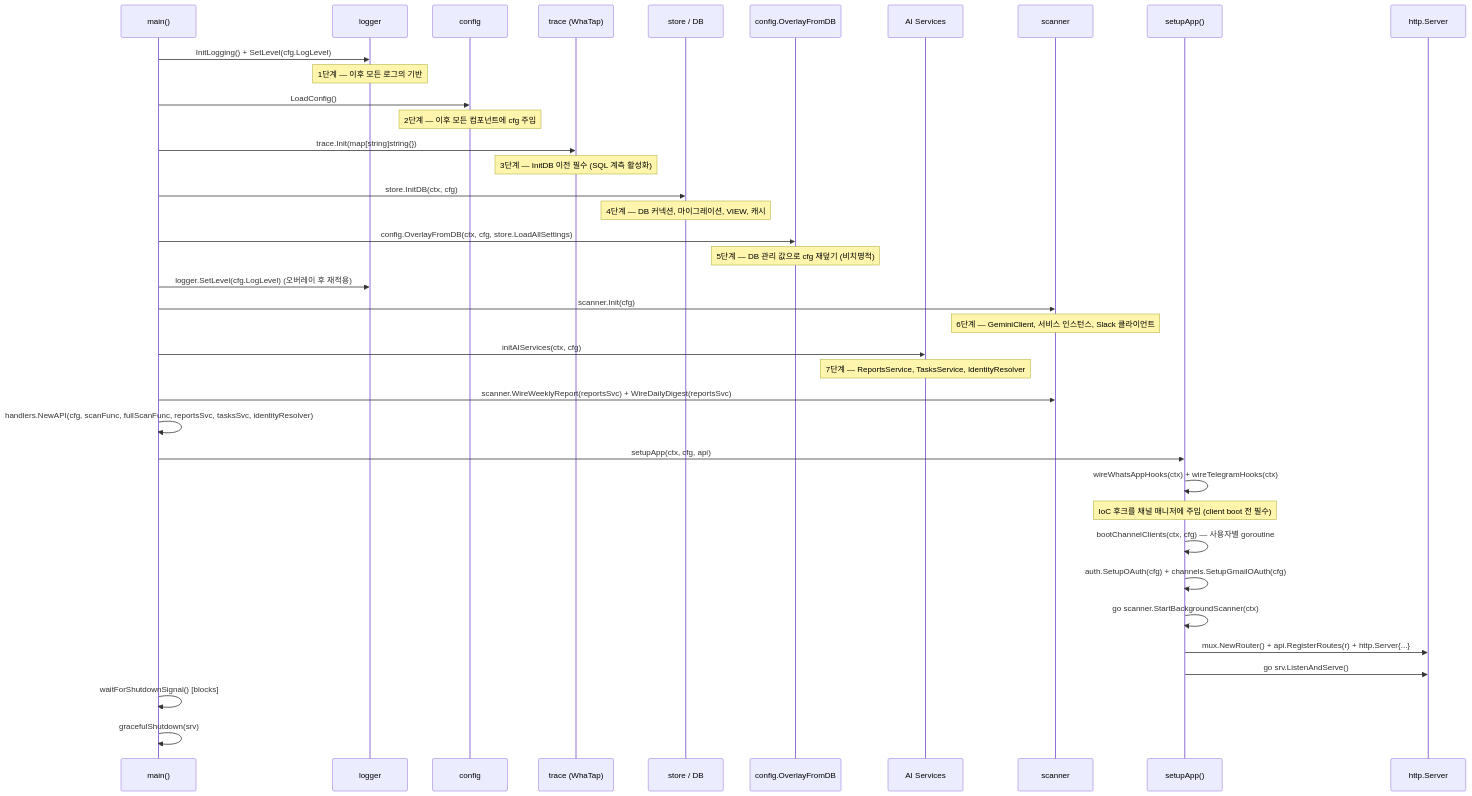
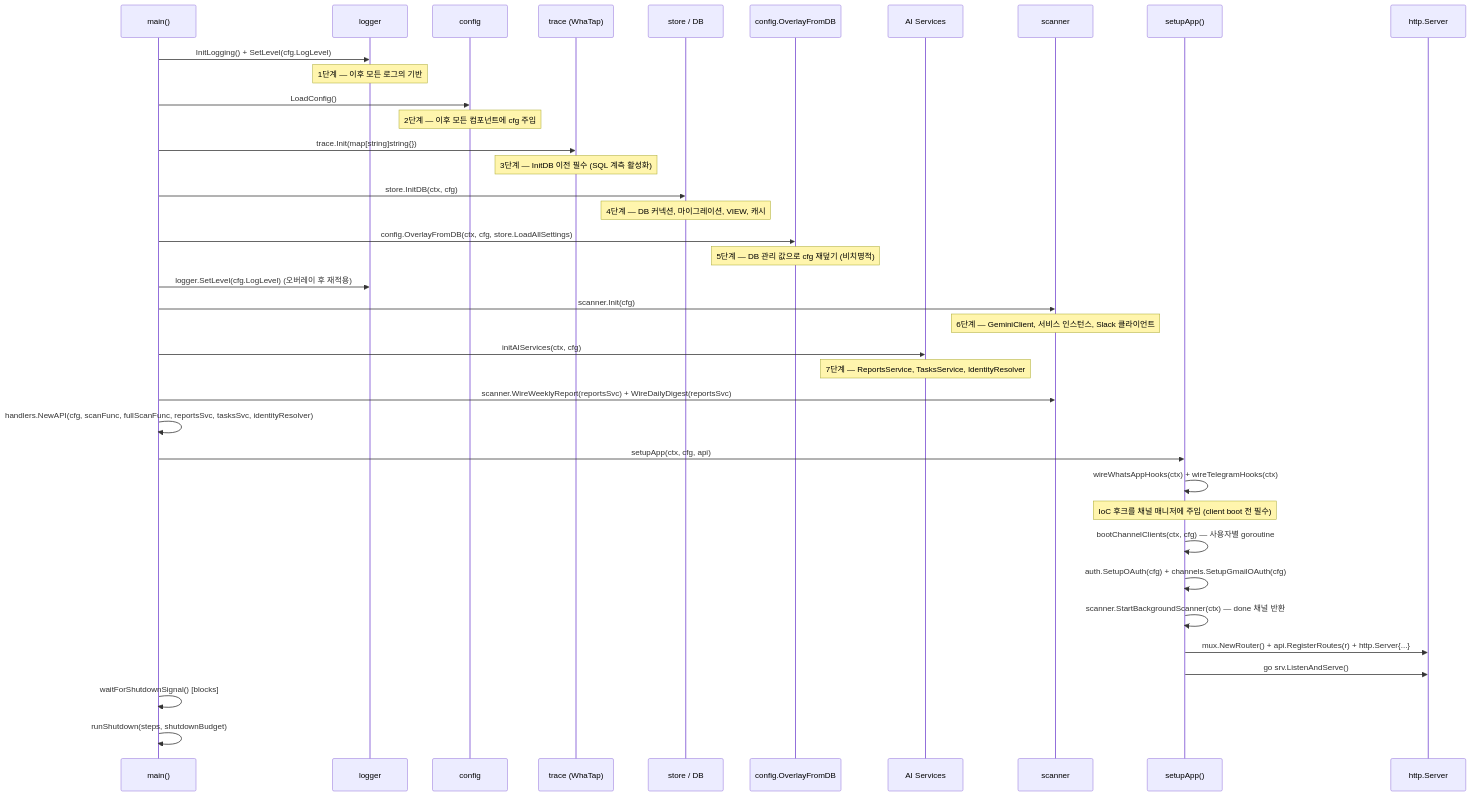
Before and after one commit to JaejinSong/message-consolidator: the fourth of 5 diagrams in docs/comprehensive/03-backend-architecture.md, drawn with Mermaid. The commit also changed other lines of this file and 4 other files, not shown here.

Commit message:
docs: describe the five-step shutdown and the scanner done channel

````diff
--- a/docs/comprehensive/03-backend-architecture.md
+++ b/docs/comprehensive/03-backend-architecture.md
@@ -447,41 +447,41 @@
 ```mermaid
 sequenceDiagram
     participant m as main()
     participant log as logger
     participant cfg as config
     participant tr as trace (WhaTap)
     participant st as store / DB
     participant ovl as config.OverlayFromDB
     participant ai as AI Services
     participant sc as scanner
     participant app as setupApp()
     participant srv as http.Server
 
     m->>log: InitLogging() + SetLevel(cfg.LogLevel)
     note over log: 1단계 — 이후 모든 로그의 기반
     m->>cfg: LoadConfig()
     note over cfg: 2단계 — 이후 모든 컴포넌트에 cfg 주입
     m->>tr: trace.Init(map[string]string{})
     note over tr: 3단계 — InitDB 이전 필수 (SQL 계측 활성화)
     m->>st: store.InitDB(ctx, cfg)
     note over st: 4단계 — DB 커넥션, 마이그레이션, VIEW, 캐시
     m->>ovl: config.OverlayFromDB(ctx, cfg, store.LoadAllSettings)
     note over ovl: 5단계 — DB 관리 값으로 cfg 재덮기 (비치명적)
     m->>log: logger.SetLevel(cfg.LogLevel) (오버레이 후 재적용)
     m->>sc: scanner.Init(cfg)
     note over sc: 6단계 — GeminiClient, 서비스 인스턴스, Slack 클라이언트
     m->>ai: initAIServices(ctx, cfg)
     note over ai: 7단계 — ReportsService, TasksService, IdentityResolver
     m->>sc: scanner.WireWeeklyReport(reportsSvc) + WireDailyDigest(reportsSvc)
     m->>m: handlers.NewAPI(cfg, scanFunc, fullScanFunc, reportsSvc, tasksSvc, identityResolver)
     m->>app: setupApp(ctx, cfg, api)
     app->>app: wireWhatsAppHooks(ctx) + wireTelegramHooks(ctx)
     note over app: IoC 후크를 채널 매니저에 주입 (client boot 전 필수)
     app->>app: bootChannelClients(ctx, cfg) — 사용자별 goroutine
     app->>app: auth.SetupOAuth(cfg) + channels.SetupGmailOAuth(cfg)
-    app->>app: go scanner.StartBackgroundScanner(ctx)
+    app->>app: scanner.StartBackgroundScanner(ctx) — done 채널 반환
     app->>srv: mux.NewRouter() + api.RegisterRoutes(r) + http.Server{...}
     app->>srv: go srv.ListenAndServe()
     m->>m: waitForShutdownSignal() [blocks]
-    m->>m: gracefulShutdown(srv)
+    m->>m: runShutdown(steps, shutdownBudget)
 ```
````
